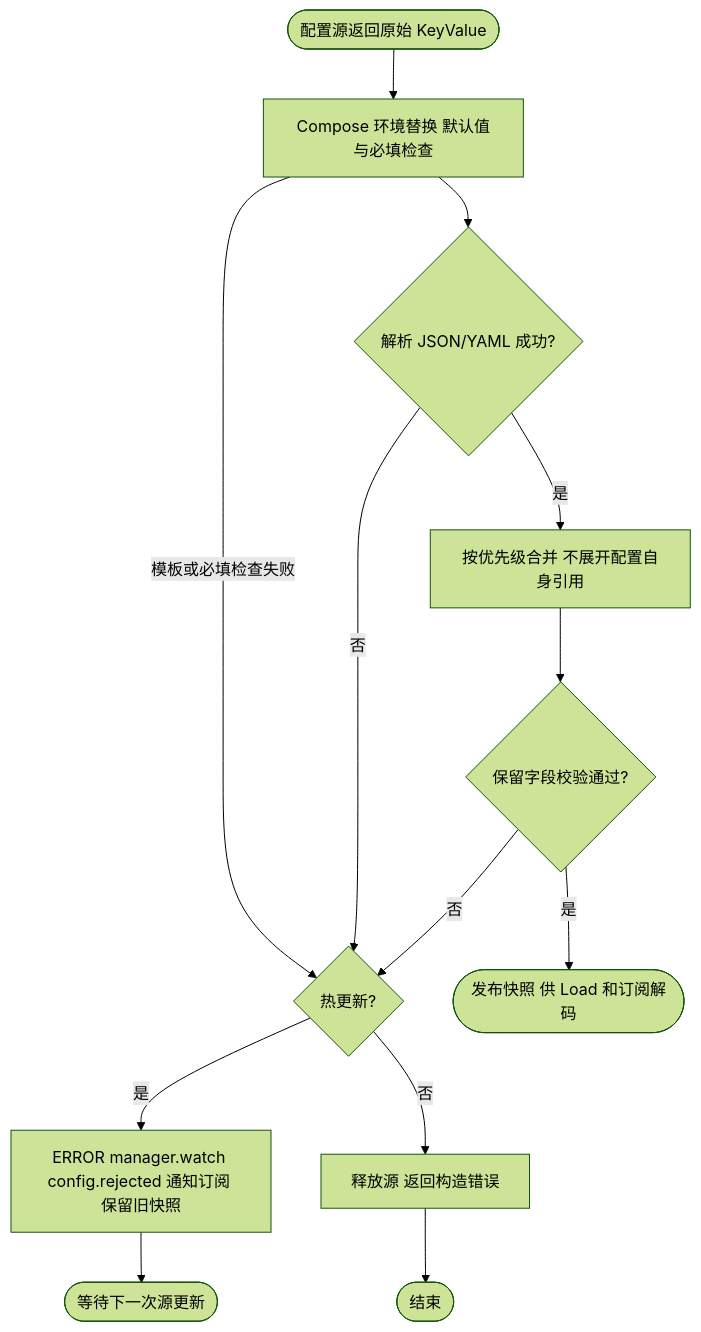
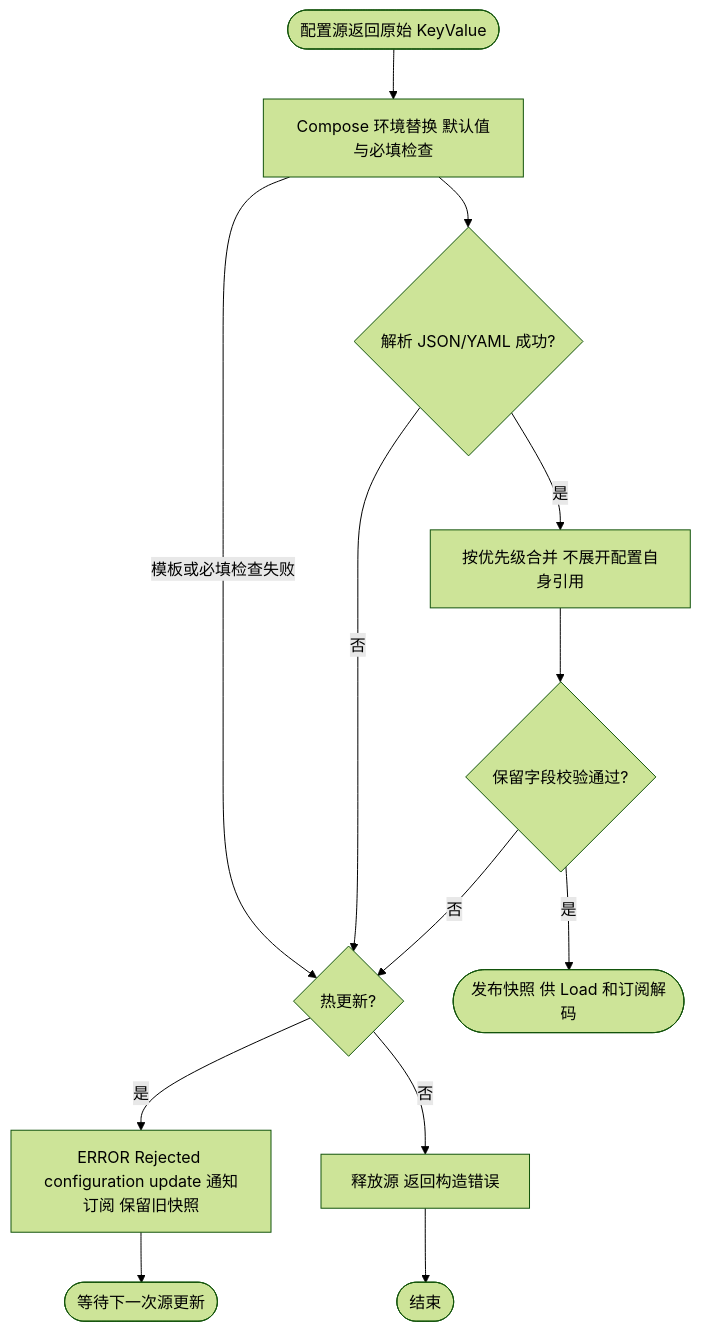
One commit to jaggerzhuang1994/kratos-foundation changed the third of 7 diagrams in MIGRATION_V2.md. Above: the diagram before and after it, drawn with Mermaid (forest theme). The commit also changed other lines of this file and 96 other files, not shown here.

````diff
--- a/MIGRATION_V2.md
+++ b/MIGRATION_V2.md
@@ -222,15 +222,15 @@
 ```mermaid
 flowchart TD
     A([配置源返回原始 KeyValue]) --> B[Compose 环境替换 默认值与必填检查]
     B -- 模板或必填检查失败 --> I
     B --> E{解析 JSON/YAML 成功?}
     E -- 是 --> F[按优先级合并 不展开配置自身引用]
     F --> G{保留字段校验通过?}
     G -- 是 --> H([发布快照 供 Load 和订阅解码])
     E -- 否 --> I{热更新?}
     G -- 否 --> I
-    I -- 是 --> J[ERROR manager.watch config.rejected 通知订阅 保留旧快照]
+    I -- 是 --> J[ERROR Rejected configuration update 通知订阅 保留旧快照]
     I -- 否 --> K[释放源 返回构造错误]
     J --> L([等待下一次源更新])
     K --> M([结束])
 ```
````
